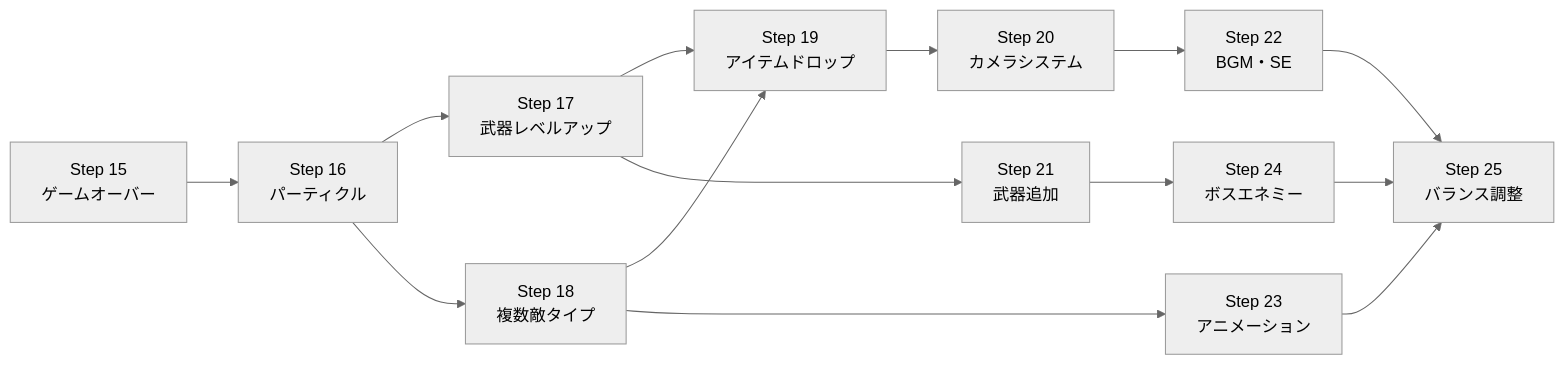
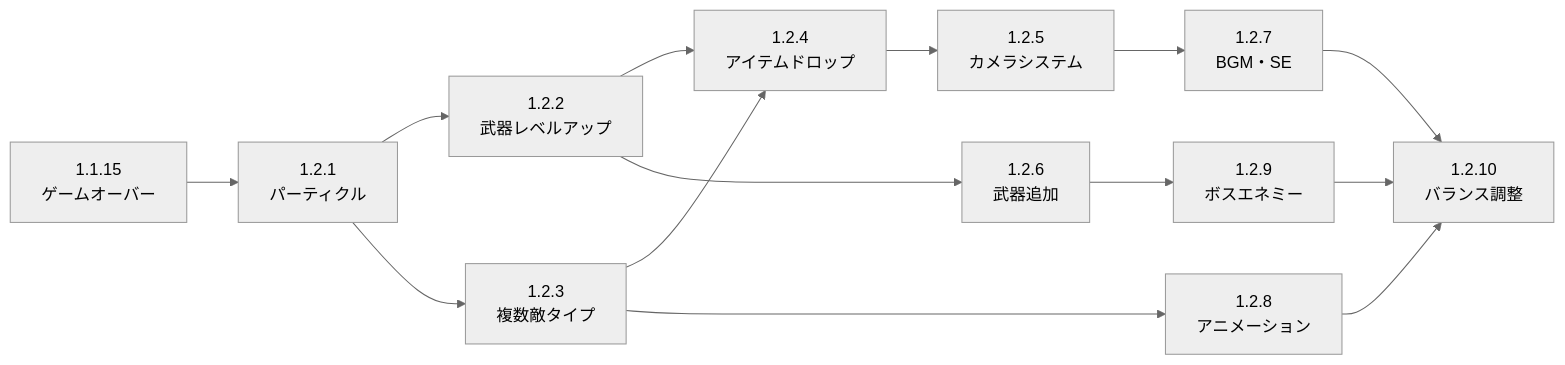
The diagram in docs/05_steps/STEPS_QUALITY.md (FRICK-ELDY/elixir_rust), drawn with Mermaid (neutral theme) before and after one commit. The commit also changed other lines of this file and 9 other files, not shown here.

````diff
--- a/docs/05_steps/STEPS_QUALITY.md
+++ b/docs/05_steps/STEPS_QUALITY.md
@@ -863,16 +867,16 @@
 ```mermaid
 flowchart LR
-    S15[Step 15\nゲームオーバー] --> S16[Step 16\nパーティクル]
-    S16 --> S17[Step 17\n武器レベルアップ]
-    S16 --> S18[Step 18\n複数敵タイプ]
-    S17 --> S19[Step 19\nアイテムドロップ]
+    S15[1.1.15\nゲームオーバー] --> S16[1.2.1\nパーティクル]
+    S16 --> S17[1.2.2\n武器レベルアップ]
+    S16 --> S18[1.2.3\n複数敵タイプ]
+    S17 --> S19[1.2.4\nアイテムドロップ]
     S18 --> S19
-    S19 --> S20[Step 20\nカメラシステム]
-    S17 --> S21[Step 21\n武器追加]
-    S20 --> S22[Step 22\nBGM・SE]
-    S18 --> S23[Step 23\nアニメーション]
-    S21 --> S24[Step 24\nボスエネミー]
-    S22 --> S25[Step 25\nバランス調整]
+    S19 --> S20[1.2.5\nカメラシステム]
+    S17 --> S21[1.2.6\n武器追加]
+    S20 --> S22[1.2.7\nBGM・SE]
+    S18 --> S23[1.2.8\nアニメーション]
+    S21 --> S24[1.2.9\nボスエネミー]
+    S22 --> S25[1.2.10\nバランス調整]
     S23 --> S25
     S24 --> S25
 ```
````
